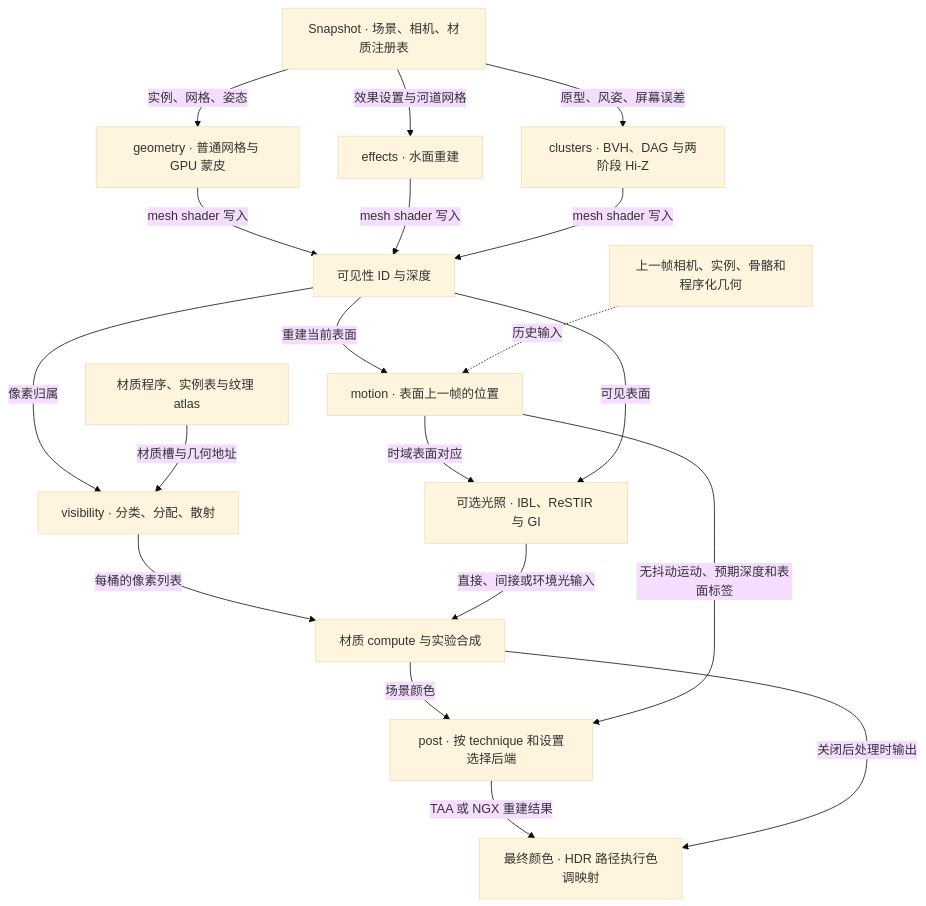
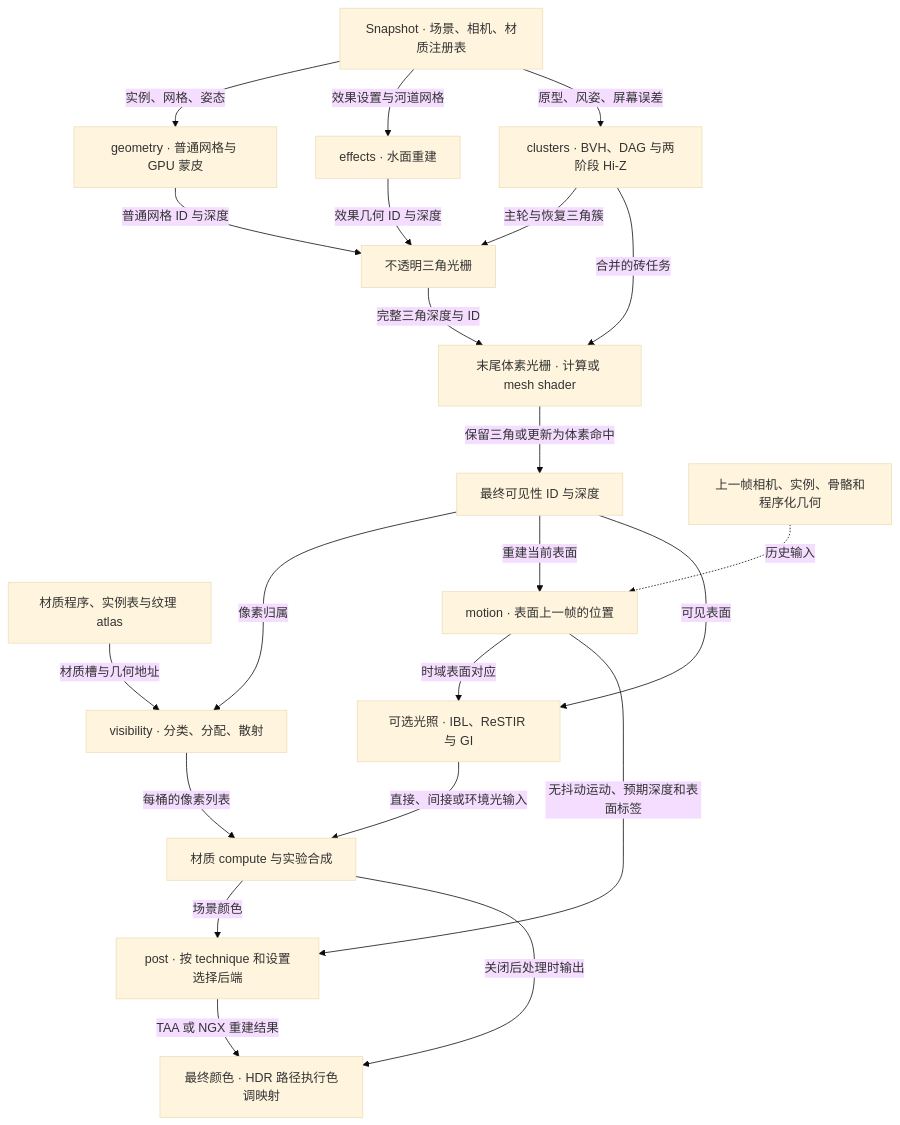
Before and after one commit to re-define/render-lab: the second of 4 diagrams in docs/module-map.md, drawn with Mermaid (base theme). The commit also changed other lines of this file and 58 other files, not shown here.

```diff
--- a/docs/module-map.md
+++ b/docs/module-map.md
@@ -43,21 +43,24 @@
 ~~~mermaid
 flowchart TB
     snap["Snapshot · 场景、相机、材质注册表"] -->|实例、网格、姿态| geom["geometry · 普通网格与 GPU 蒙皮"]
     snap -->|效果设置与河道网格| effects["effects · 水面重建"]
     snap -->|原型、风姿、屏幕误差| lod["clusters · BVH、DAG 与两阶段 Hi-Z"]
-    geom -->|mesh shader 写入| vis["可见性 ID 与深度"]
-    effects -->|mesh shader 写入| vis
-    lod -->|mesh shader 写入| vis
+    geom -->|普通网格 ID 与深度| opaque["不透明三角光栅"]
+    effects -->|效果几何 ID 与深度| opaque
+    lod -->|主轮与恢复三角簇| opaque
+    lod -->|合并的砖任务| bricks["末尾体素光栅 · 计算或 mesh shader"]
+    opaque -->|完整三角深度与 ID| bricks
+    bricks -->|保留三角或更新为体素命中| vis["最终可见性 ID 与深度"]
     vis -->|像素归属| bins["visibility · 分类、分配、散射"]
     mat["材质程序、实例表与纹理 atlas"] -->|材质槽与几何地址| bins
     vis -->|重建当前表面| mv["motion · 表面上一帧的位置"]
     prev["上一帧相机、实例、骨骼和程序化几何"] -.->|历史输入| mv
     mv -->|时域表面对应| lighting["可选光照 · IBL、ReSTIR 与 GI"]
     vis -->|可见表面| lighting
     bins -->|每桶的像素列表| shade["材质 compute 与实验合成"]
     lighting -->|直接、间接或环境光输入| shade
     shade -->|场景颜色| post["post · 按 technique 和设置选择后端"]
     mv -->|无抖动运动、预期深度和表面标签| post
     post -->|TAA 或 NGX 重建结果| out["最终颜色 · HDR 路径执行色调映射"]
     shade -->|关闭后处理时输出| out
 ~~~
```
